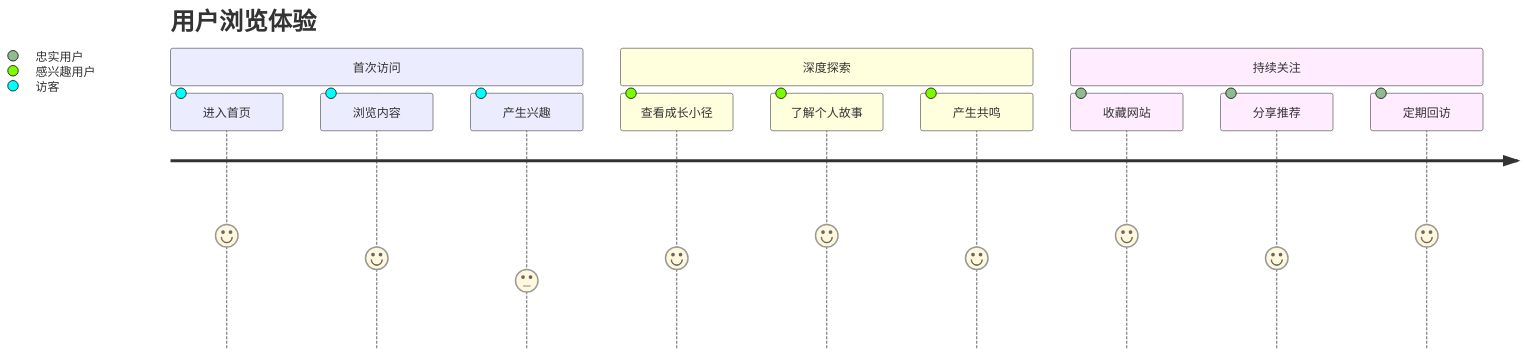
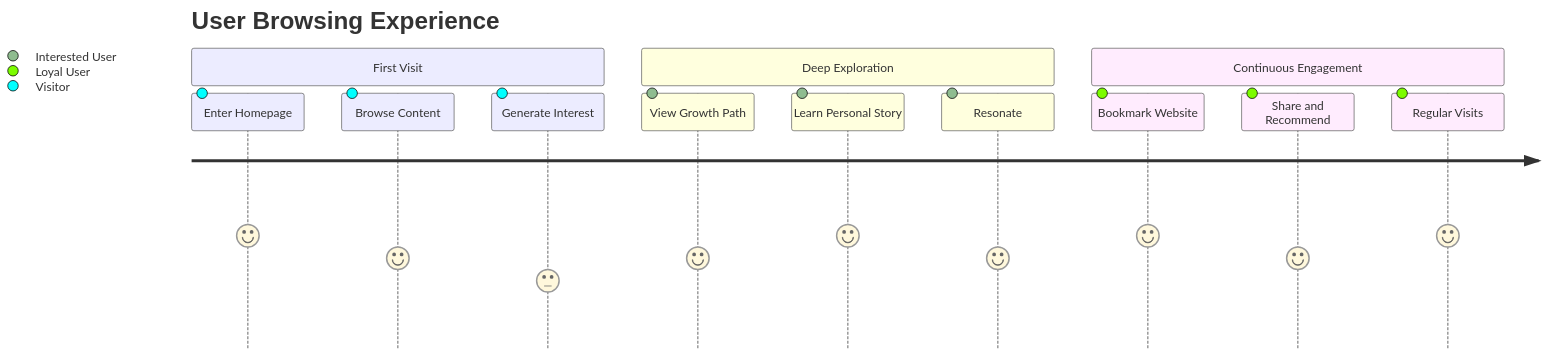
Before and after one commit to ChanMeng666/ai-programming-teaching-project: the second of 6 diagrams in versioned_docs/version-2024-winter/advanced/cases/sasa-project.mdx, drawn with Mermaid. The commit also changed other lines of this file and 472 other files, not shown here.

````diff
--- a/versioned_docs/version-2024-winter/advanced/cases/sasa-project.mdx
+++ b/versioned_docs/version-2024-winter/advanced/cases/sasa-project.mdx
@@ -75,16 +80,16 @@
 ```mermaid
 journey
-    title 用户浏览体验
-    section 首次访问
-      进入首页: 5: 访客
-      浏览内容: 4: 访客
-      产生兴趣: 3: 访客
-    section 深度探索
-      查看成长小径: 4: 感兴趣用户
-      了解个人故事: 5: 感兴趣用户
-      产生共鸣: 4: 感兴趣用户
-    section 持续关注
-      收藏网站: 5: 忠实用户
-      分享推荐: 4: 忠实用户
-      定期回访: 5: 忠实用户
+    title User Browsing Experience
+    section First Visit
+      Enter Homepage: 5: Visitor
+      Browse Content: 4: Visitor
+      Generate Interest: 3: Visitor
+    section Deep Exploration
+      View Growth Path: 4: Interested User
+      Learn Personal Story: 5: Interested User
+      Resonate: 4: Interested User
+    section Continuous Engagement
+      Bookmark Website: 5: Loyal User
+      Share and Recommend: 4: Loyal User
+      Regular Visits: 5: Loyal User
 ```
````
